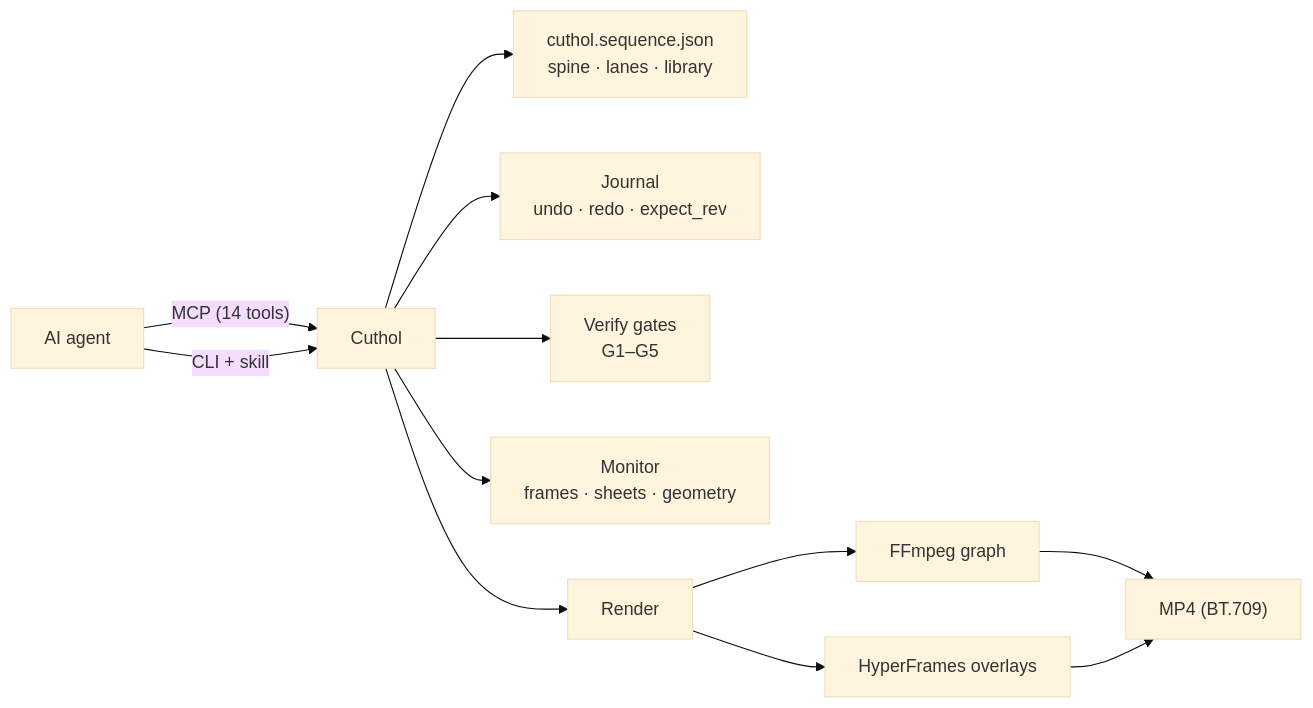
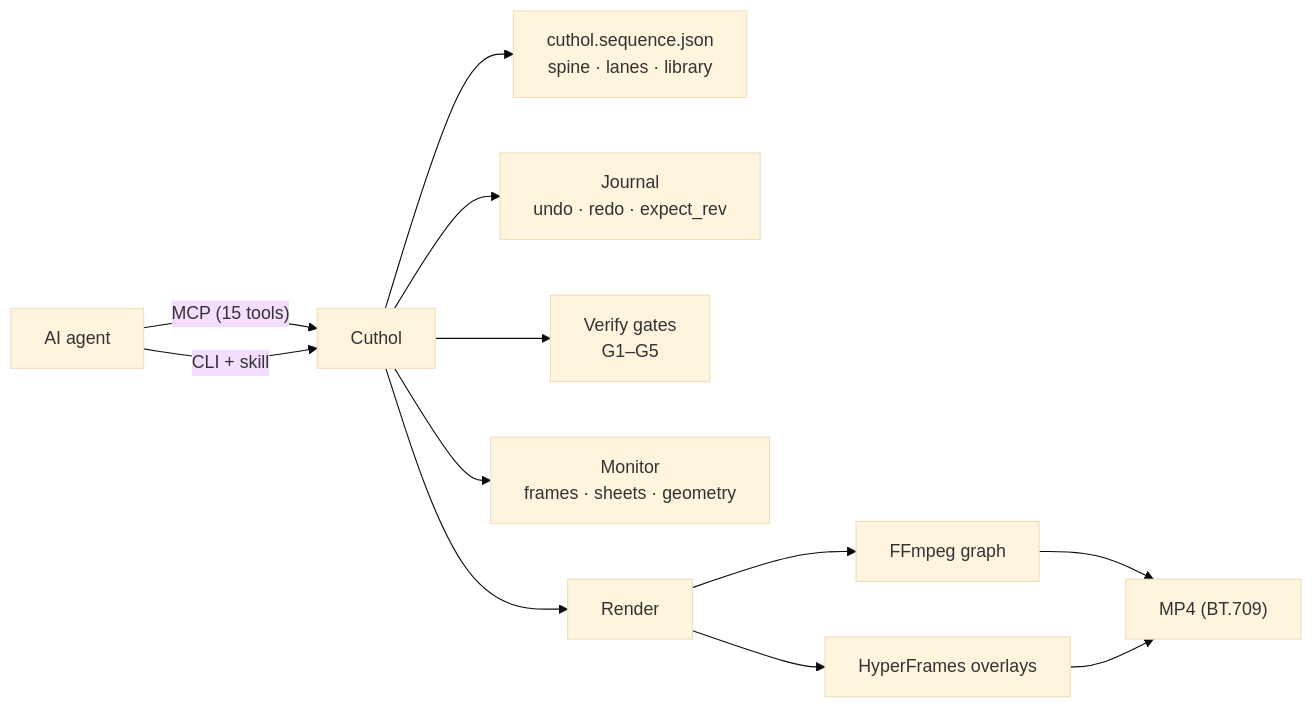
Before and after one commit to HypeAITR/Cuthol: the diagram in README.md, drawn with Mermaid (base theme). The commit also changed other lines of this file and 5 other files, not shown here.

````diff
--- a/README.md
+++ b/README.md
@@ -179,14 +186,14 @@
 ```mermaid
 flowchart LR
-  A["AI agent"] -->|"MCP (14 tools)"| C["Cuthol"]
+  A["AI agent"] -->|"MCP (15 tools)"| C["Cuthol"]
   A -->|"CLI + skill"| C
   C --> S["cuthol.sequence.json<br/>spine · lanes · library"]
   C --> J["Journal<br/>undo · redo · expect_rev"]
   C --> V["Verify gates<br/>G1–G5"]
   C --> M["Monitor<br/>frames · sheets · geometry"]
   C --> R["Render"]
   R --> F["FFmpeg graph"]
   R --> H["HyperFrames overlays"]
   F --> O["MP4 (BT.709)"]
   H --> O
 ```
````
